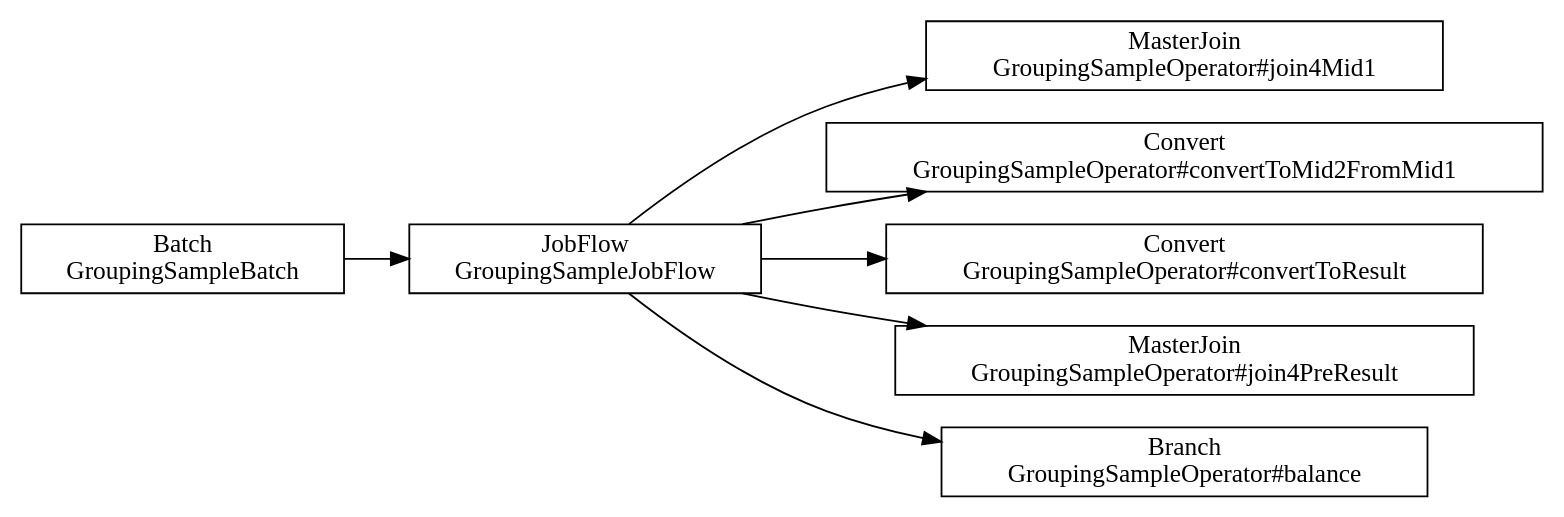
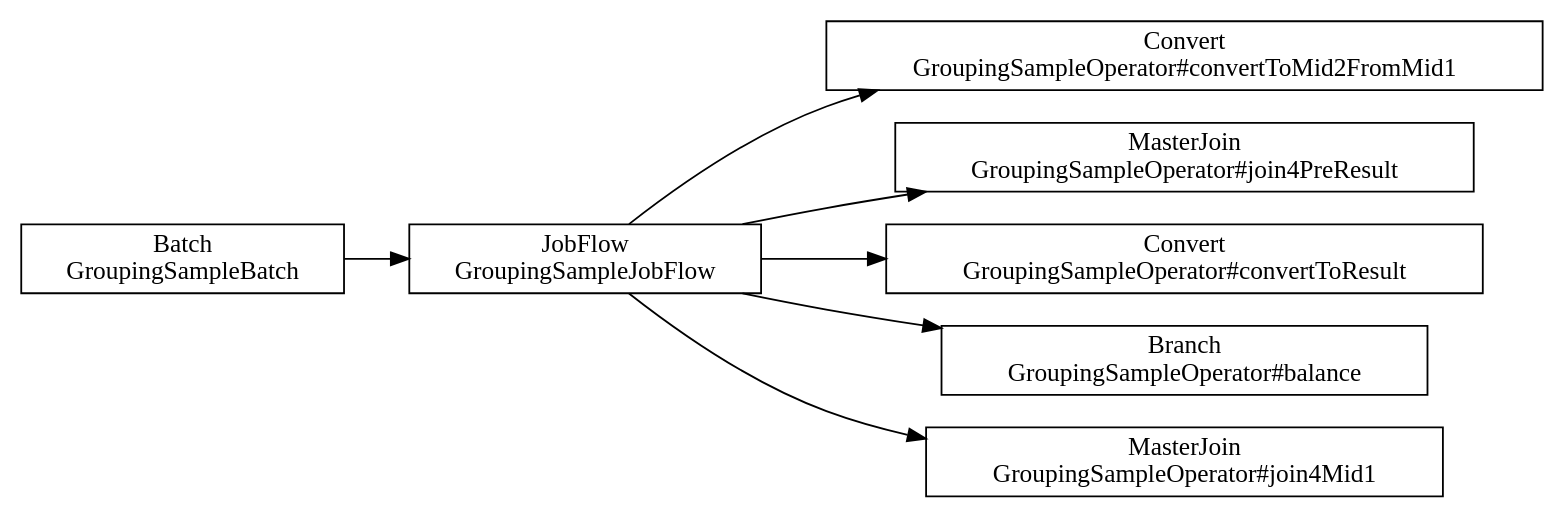
One commit to ironpeace/AsakusaGroupingSample changed the diagram in target/batchc/gsBatch/opt/dsl-analysis/batch/original-structure.dot. Above: the diagram before and after it, drawn with Graphviz. The commit also changed 98 other files, not shown here.

```diff
--- a/target/batchc/gsBatch/opt/dsl-analysis/batch/original-structure.dot
+++ b/target/batchc/gsBatch/opt/dsl-analysis/batch/original-structure.dot
@@ -1,16 +1,16 @@
 digraph {
     rankdir = LR;
-    "86e8baa3-7227-4c4e-be32-3f48d9723f01" [shape=box, label="Batch\nGroupingSampleBatch"];
-    "22a91076-7240-4260-ac82-3b31cd730c0c" [shape=box, label="JobFlow\nGroupingSampleJobFlow"];
-    "2779339c-9685-4914-959e-2bc0eda06833" [shape=box, label="MasterJoin\nGroupingSampleOperator#join4Mid1"];
-    "22a91076-7240-4260-ac82-3b31cd730c0c" -> "2779339c-9685-4914-959e-2bc0eda06833";
-    "e49758eb-7ac4-420b-9a29-58aef3ef6c2b" [shape=box, label="Convert\nGroupingSampleOperator#convertToMid2FromMid1"];
-    "22a91076-7240-4260-ac82-3b31cd730c0c" -> "e49758eb-7ac4-420b-9a29-58aef3ef6c2b";
-    "eca7fc21-f0c3-40b1-b119-731e99395f2d" [shape=box, label="Convert\nGroupingSampleOperator#convertToResult"];
-    "22a91076-7240-4260-ac82-3b31cd730c0c" -> "eca7fc21-f0c3-40b1-b119-731e99395f2d";
-    "e2fc154f-e5ee-45bf-a3ad-ddb2c51ca884" [shape=box, label="MasterJoin\nGroupingSampleOperator#join4PreResult"];
-    "22a91076-7240-4260-ac82-3b31cd730c0c" -> "e2fc154f-e5ee-45bf-a3ad-ddb2c51ca884";
-    "1924a4ce-996e-4779-96ec-192c14e335be" [shape=box, label="Branch\nGroupingSampleOperator#balance"];
-    "22a91076-7240-4260-ac82-3b31cd730c0c" -> "1924a4ce-996e-4779-96ec-192c14e335be";
-    "86e8baa3-7227-4c4e-be32-3f48d9723f01" -> "22a91076-7240-4260-ac82-3b31cd730c0c";
+    "ad0e6fb6-6a4c-409a-82dc-b36136b9a7c1" [shape=box, label="Batch\nGroupingSampleBatch"];
+    "b127c44d-a0c7-4b9a-96e9-86a81a45e17a" [shape=box, label="JobFlow\nGroupingSampleJobFlow"];
+    "22c60140-3463-4fc2-8836-7584958847df" [shape=box, label="Convert\nGroupingSampleOperator#convertToMid2FromMid1"];
+    "b127c44d-a0c7-4b9a-96e9-86a81a45e17a" -> "22c60140-3463-4fc2-8836-7584958847df";
+    "c5c19e51-11e5-4176-bf62-4bceb3e8df0c" [shape=box, label="MasterJoin\nGroupingSampleOperator#join4PreResult"];
+    "b127c44d-a0c7-4b9a-96e9-86a81a45e17a" -> "c5c19e51-11e5-4176-bf62-4bceb3e8df0c";
+    "a18df020-16fe-4bc5-b2c8-6f43cfb5d018" [shape=box, label="Convert\nGroupingSampleOperator#convertToResult"];
+    "b127c44d-a0c7-4b9a-96e9-86a81a45e17a" -> "a18df020-16fe-4bc5-b2c8-6f43cfb5d018";
+    "857c47be-1cd4-4707-b2a7-ab5dc3ccadce" [shape=box, label="Branch\nGroupingSampleOperator#balance"];
+    "b127c44d-a0c7-4b9a-96e9-86a81a45e17a" -> "857c47be-1cd4-4707-b2a7-ab5dc3ccadce";
+    "dfc3baeb-92c4-4205-898b-e3beb70e13d7" [shape=box, label="MasterJoin\nGroupingSampleOperator#join4Mid1"];
+    "b127c44d-a0c7-4b9a-96e9-86a81a45e17a" -> "dfc3baeb-92c4-4205-898b-e3beb70e13d7";
+    "ad0e6fb6-6a4c-409a-82dc-b36136b9a7c1" -> "b127c44d-a0c7-4b9a-96e9-86a81a45e17a";
 }
```
